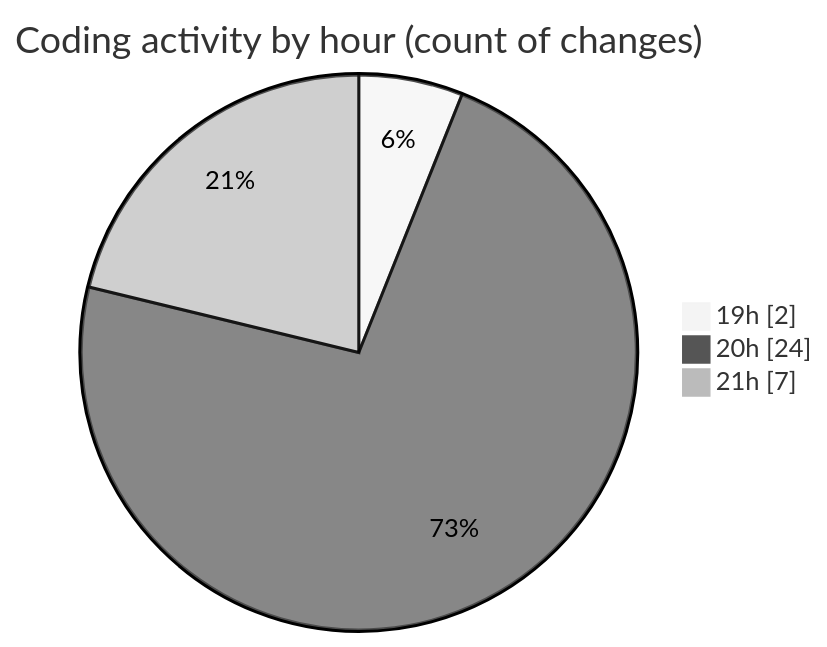
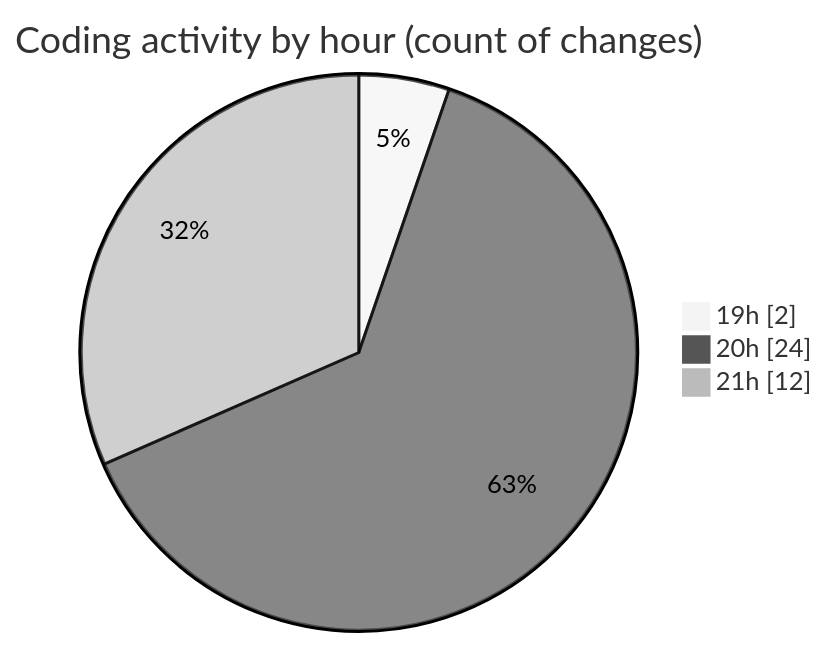
Before and after one commit to idhammustaqopulfikri/code-tracking: the second of 2 diagrams in 2025-04-13/autodidak/README.md, drawn with Mermaid (neutral theme). The commit also changed other lines of this file and 1 other file, not shown here.

````diff
--- a/2025-04-13/autodidak/README.md
+++ b/2025-04-13/autodidak/README.md
@@ -36,7 +36,7 @@
 ```mermaid
 pie showData
 title Coding activity by hour (count of changes)
 "19h" : 2
 "20h" : 24
-"21h" : 7
+"21h" : 12
 ```
````
